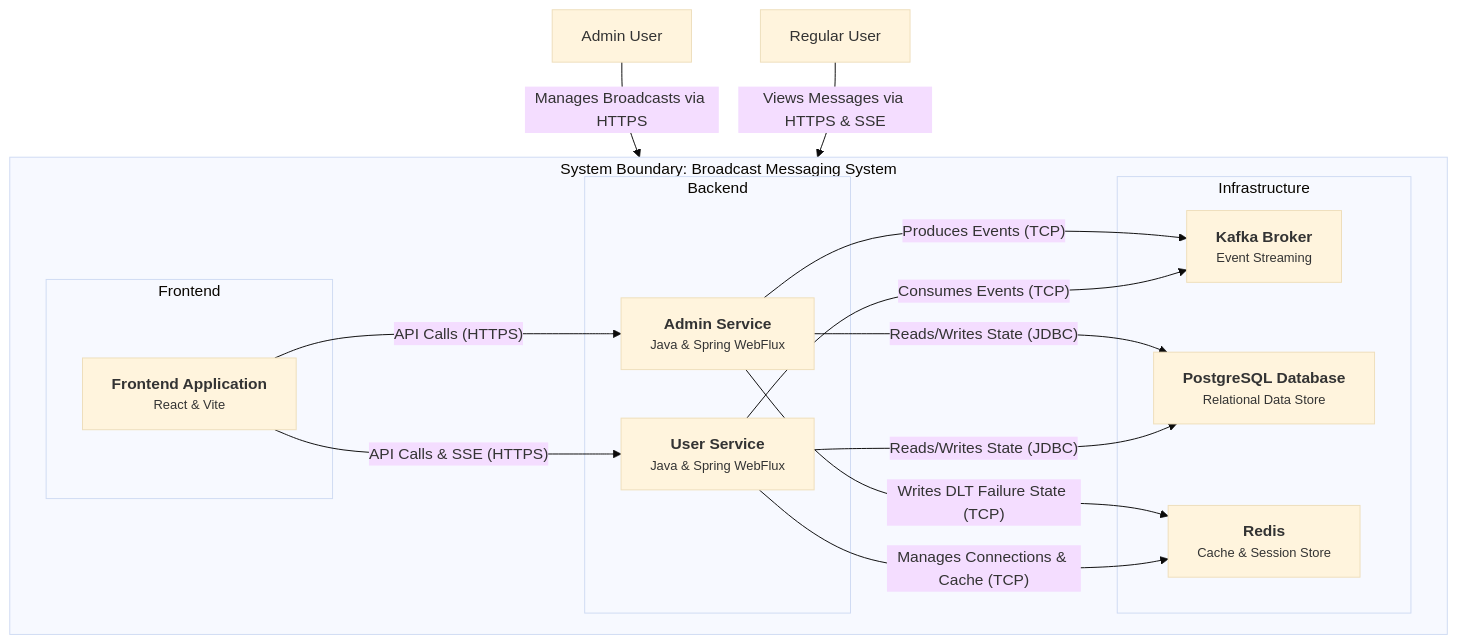
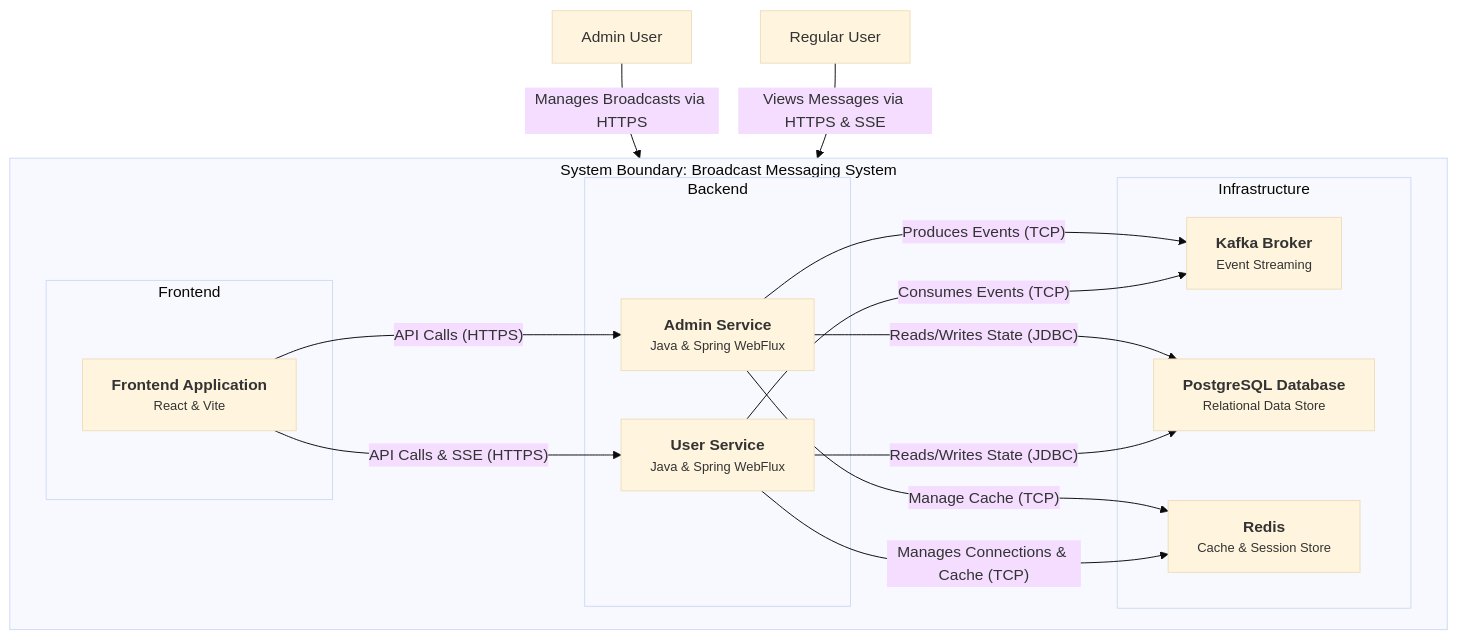
Before and after one commit to rsrini7/Notification-SSE-GLM-Flux: the diagram in MermaidDiagrams/c4-container-overall-service.mmd, drawn with Mermaid (base theme).

Commit message:
docs(MermaidDiagrams): update redis interaction description in c4 diagram
Correct the description of AdminService's interaction with Redis from "Writes DLT Failure State" to "Manage Cache" to accurately reflect the service's functionality.

```diff
--- a/MermaidDiagrams/c4-container-overall-service.mmd
+++ b/MermaidDiagrams/c4-container-overall-service.mmd
@@ -1,36 +1,36 @@
 graph TD
     subgraph "System Boundary: Broadcast Messaging System"
         direction LR
 
         subgraph "Frontend"
             WebApp["<div style='font-weight:bold'>Frontend Application</div><div style='font-size: smaller;'>React & Vite</div>"]
         end
 
         subgraph "Backend"
             AdminService["<div style='font-weight:bold'>Admin Service</div><div style='font-size: smaller;'>Java & Spring WebFlux</div>"]
             UserService["<div style='font-weight:bold'>User Service</div><div style='font-size: smaller;'>Java & Spring WebFlux</div>"]
         end
 
         subgraph "Infrastructure"
             Kafka["<div style='font-weight:bold'>Kafka Broker</div><div style='font-size: smaller;'>Event Streaming</div>"]
             Postgres["<div style='font-weight:bold'>PostgreSQL Database</div><div style='font-size: smaller;'>Relational Data Store</div>"]
             Redis["<div style='font-weight:bold'>Redis</div><div style='font-size: smaller;'>Cache & Session Store</div>"]
         end
     end
 
     AdminUser[Admin User]
     RegularUser[Regular User]
 
     AdminUser -- "Manages Broadcasts via HTTPS" --> WebApp
     RegularUser -- "Views Messages via HTTPS & SSE" --> WebApp
 
     WebApp -- "API Calls (HTTPS)" --> AdminService
     WebApp -- "API Calls & SSE (HTTPS)" --> UserService
 
     AdminService -- "Produces Events (TCP)" --> Kafka
     AdminService -- "Reads/Writes State (JDBC)" --> Postgres
-    AdminService -- "Writes DLT Failure State (TCP)" --> Redis
+    AdminService -- "Manage Cache (TCP)" --> Redis
 
     UserService -- "Consumes Events (TCP)" --> Kafka
     UserService -- "Reads/Writes State (JDBC)" --> Postgres
     UserService -- "Manages Connections & Cache (TCP)" --> Redis
```
